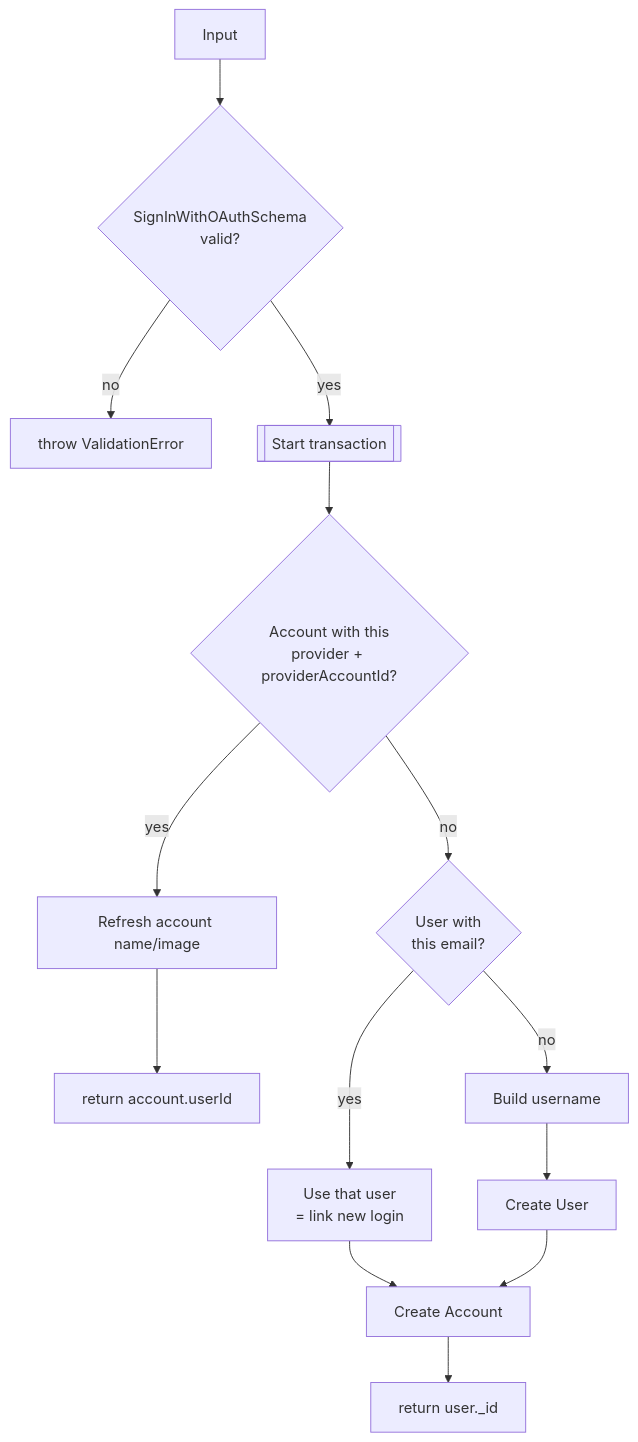
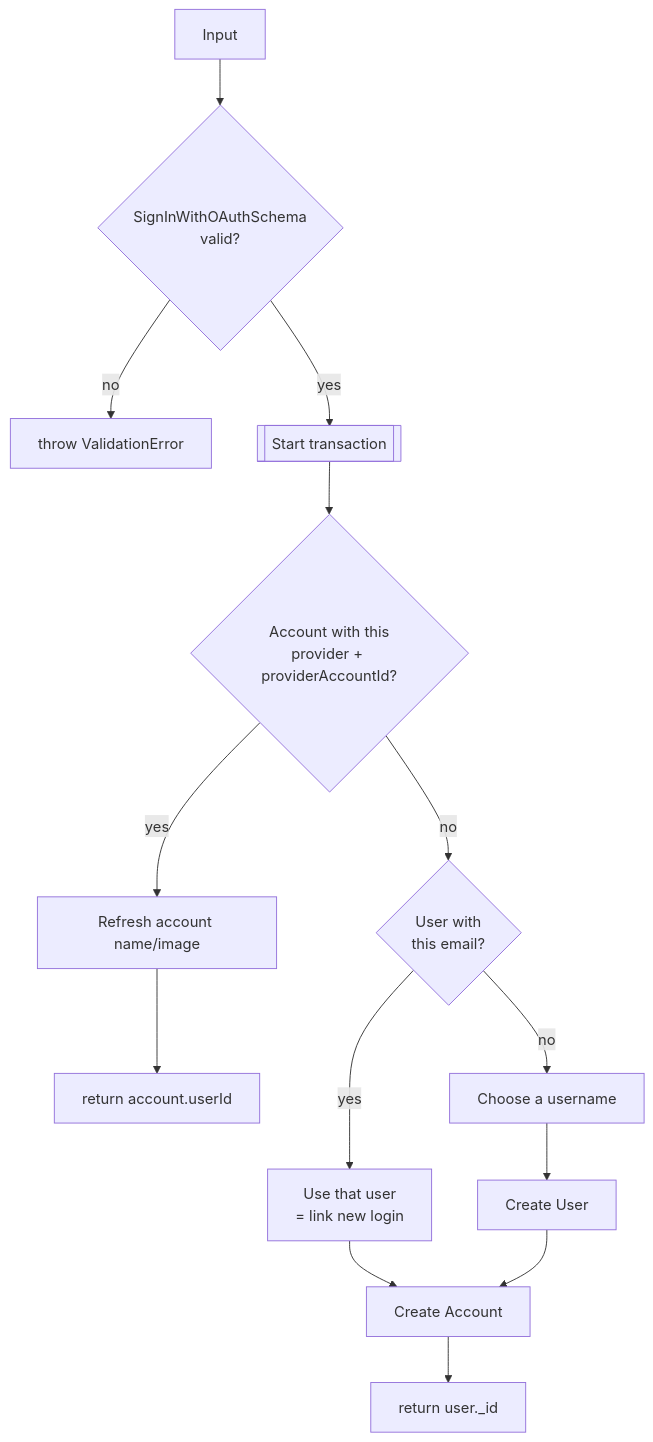
One commit to firihy/dev-over-flow changed the fifth of 9 diagrams in docs/AUTH.md. Above: the diagram before and after it, drawn with Mermaid. The commit also changed other lines of this file, not shown here.

````diff
--- a/docs/AUTH.md
+++ b/docs/AUTH.md
@@ -302,15 +179,15 @@
 ```mermaid
 flowchart TD
   A[Input] --> V{SignInWithOAuthSchema<br/>valid?}
   V -- no --> VE[throw ValidationError]
   V -- yes --> T[[Start transaction]]
   T --> F{Account with this<br/>provider + providerAccountId?}
   F -- yes --> UPD[Refresh account name/image] --> R1[return account.userId]
   F -- no --> E{User with<br/>this email?}
   E -- yes --> LINK[Use that user<br/>= link new login]
-  E -- no --> UN[Build username]
+  E -- no --> UN[Choose a username]
   UN --> NEW[Create User]
   LINK --> ACC[Create Account]
   NEW --> ACC
   ACC --> R2[return user._id]
 ```
````
